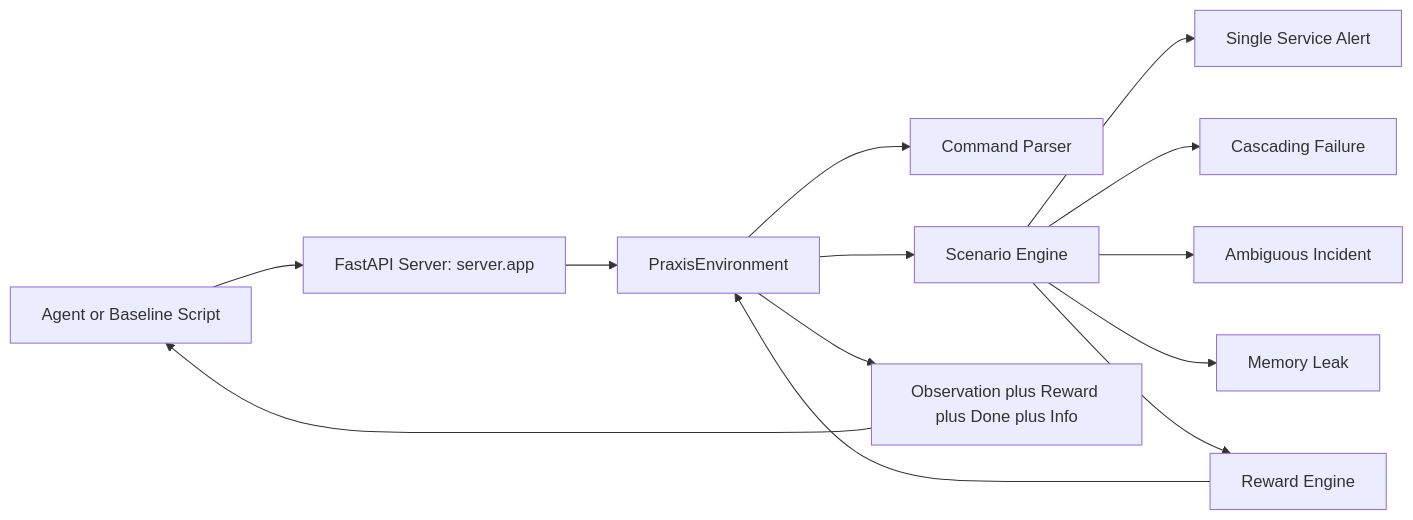
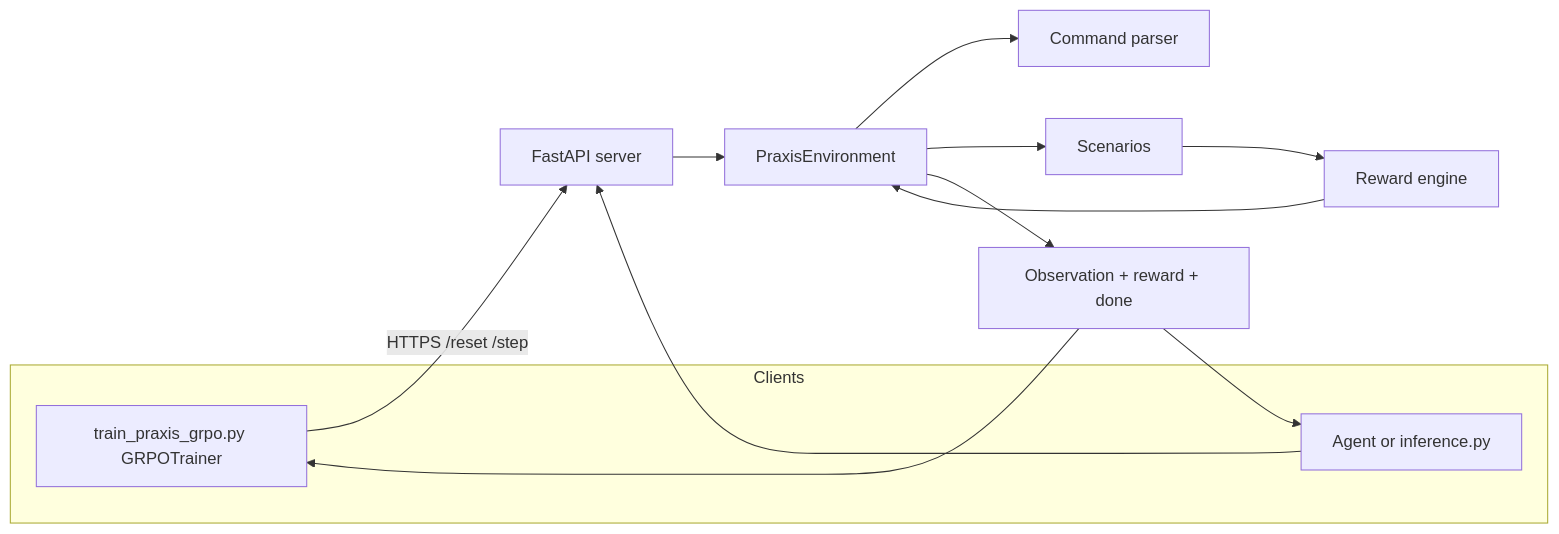
One commit to GunaPalanivel/Praxis changed the diagram in README.md. Above: the diagram before and after it, drawn with Mermaid. The commit also changed other lines of this file and 14 other files, not shown here.

First line of the commit message:
fix: production-merge gaps — GRPO on HF Jobs, Trackio, reward defaults (#57)

````diff
--- a/README.md
+++ b/README.md
@@ -160,15 +129,22 @@
 ```mermaid
 flowchart LR
-    A[Agent or Baseline Script] --> B[FastAPI Server: server.app]
-    B --> C[PraxisEnvironment]
-    C --> D[Command Parser]
-    C --> E[Scenario Engine]
-    E --> F[Single Service Alert]
-    E --> G[Cascading Failure]
-    E --> H[Ambiguous Incident]
-    E --> K[Memory Leak]
-    E --> I[Reward Engine]
-    I --> C
-    C --> J[Observation plus Reward plus Done plus Info]
-    J --> A
+    subgraph Clients[Clients]
+        TR[train_praxis_grpo.py GRPOTrainer]
+        AG[Agent or inference.py]
+    end
+    B[FastAPI server]
+    C[PraxisEnvironment]
+    D[Command parser]
+    E[Scenarios]
+    F[Reward engine]
+    TR -->|HTTPS /reset /step| B
+    AG --> B
+    B --> C
+    C --> D
+    C --> E
+    E --> F
+    F --> C
+    C --> G[Observation + reward + done]
+    G --> TR
+    G --> AG
 ```
````
